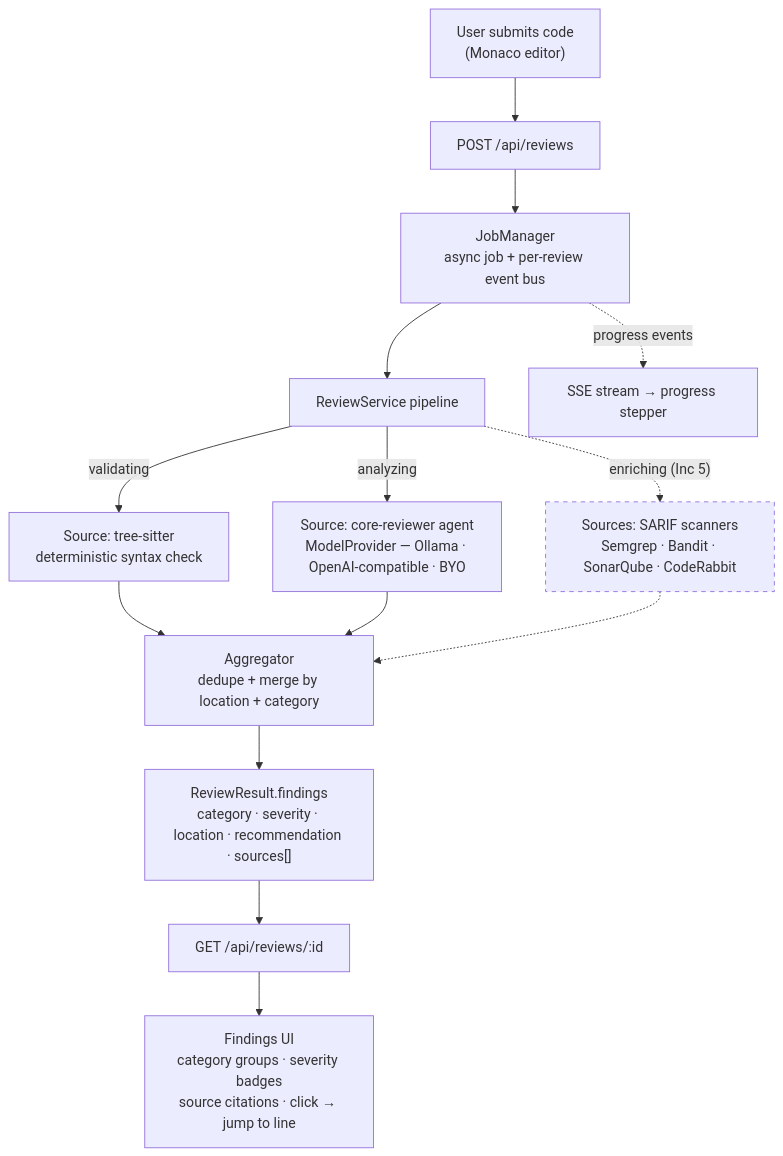
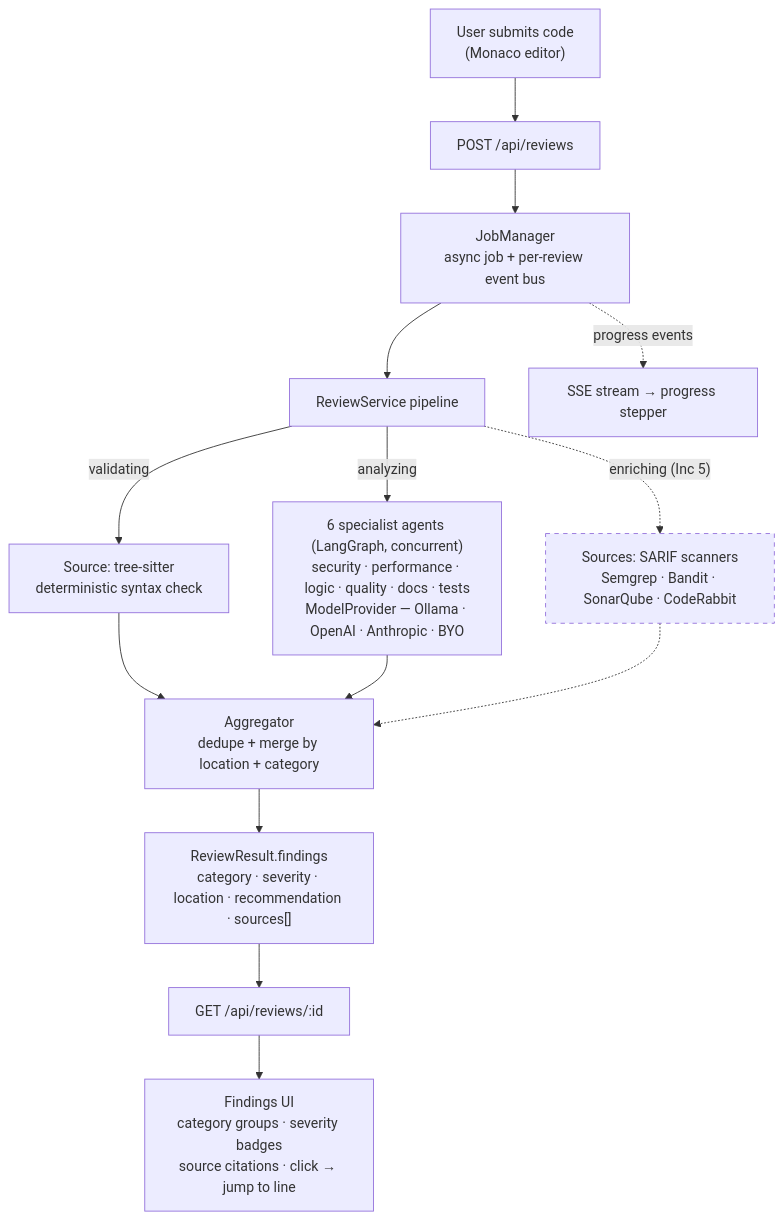
The diagram in README.md (omrihaber/ai-dev-companion), drawn with Mermaid before and after one commit. The commit also changed other lines of this file and 3 other files, not shown here.

First line of the commit message:
docs+test(e2e): multi-agent README/diagram, per-agent env, e2e source+multi-finding assertions

````diff
--- a/README.md
+++ b/README.md
@@ -23,23 +23,23 @@
 ```mermaid
 flowchart TB
   U["User submits code<br/>(Monaco editor)"] --> POST["POST /api/reviews"]
   POST --> JM["JobManager<br/>async job + per-review event bus"]
   JM --> RS["ReviewService pipeline"]
 
   RS -->|validating| TS["Source: tree-sitter<br/>deterministic syntax check"]
-  RS -->|analyzing| AG["Source: core-reviewer agent<br/>ModelProvider — Ollama · OpenAI-compatible · BYO"]
+  RS -->|analyzing| AG["6 specialist agents (LangGraph, concurrent)<br/>security · performance · logic · quality · docs · tests<br/>ModelProvider — Ollama · OpenAI · Anthropic · BYO"]
   RS -.->|"enriching (Inc 5)"| EXT["Sources: SARIF scanners<br/>Semgrep · Bandit · SonarQube · CodeRabbit"]
 
   TS --> AGG["Aggregator<br/>dedupe + merge by location + category"]
   AG --> AGG
   EXT -.-> AGG
 
   AGG --> RESULT["ReviewResult.findings<br/>category · severity · location · recommendation · sources[]"]
   RESULT --> GET["GET /api/reviews/:id"]
   GET --> CARDS["Findings UI<br/>category groups · severity badges<br/>source citations · click → jump to line"]
 
   JM -.->|progress events| SSEUI["SSE stream → progress stepper"]
 
   classDef future stroke-dasharray: 5 5;
   class EXT future;
 ```
````
